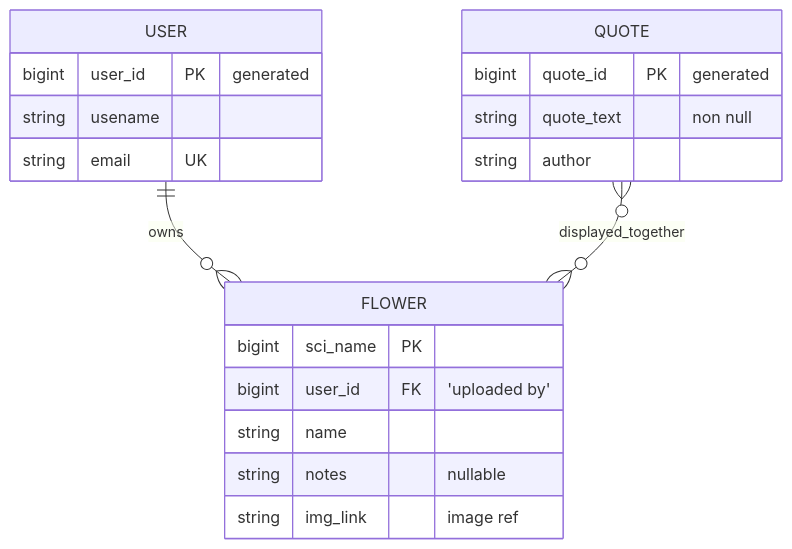
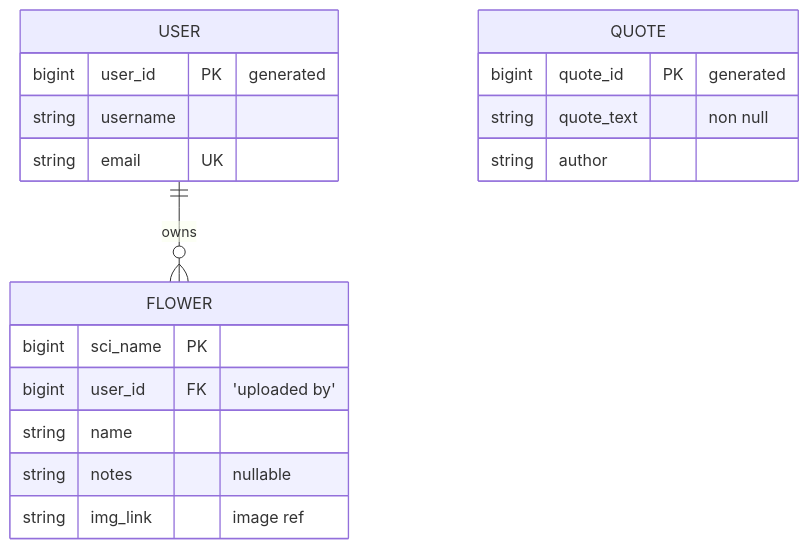
The diagram in proposal.md (jai-serr-ace/group04-flower-api-application-android), drawn with Mermaid before and after one commit. The commit also changed other lines of this file and 2 other files, not shown here.

````diff
--- a/proposal.md
+++ b/proposal.md
@@ -14,22 +16,21 @@
 ```mermaid
 erDiagram
     USER ||--o{ FLOWER : owns
-    QUOTE }o--o{ FLOWER : displayed_together
     USER {
         bigint user_id PK "generated"
-        string usename
+        string username
         string email UK
     }
     FLOWER {
         bigint sci_name PK
         bigint user_id FK "'uploaded by'"
         string name
         string notes "nullable"
         string img_link "image ref"
     }
     QUOTE {
         bigint quote_id PK "generated"
         string quote_text "non null"
         string author
     }
 ```
````
